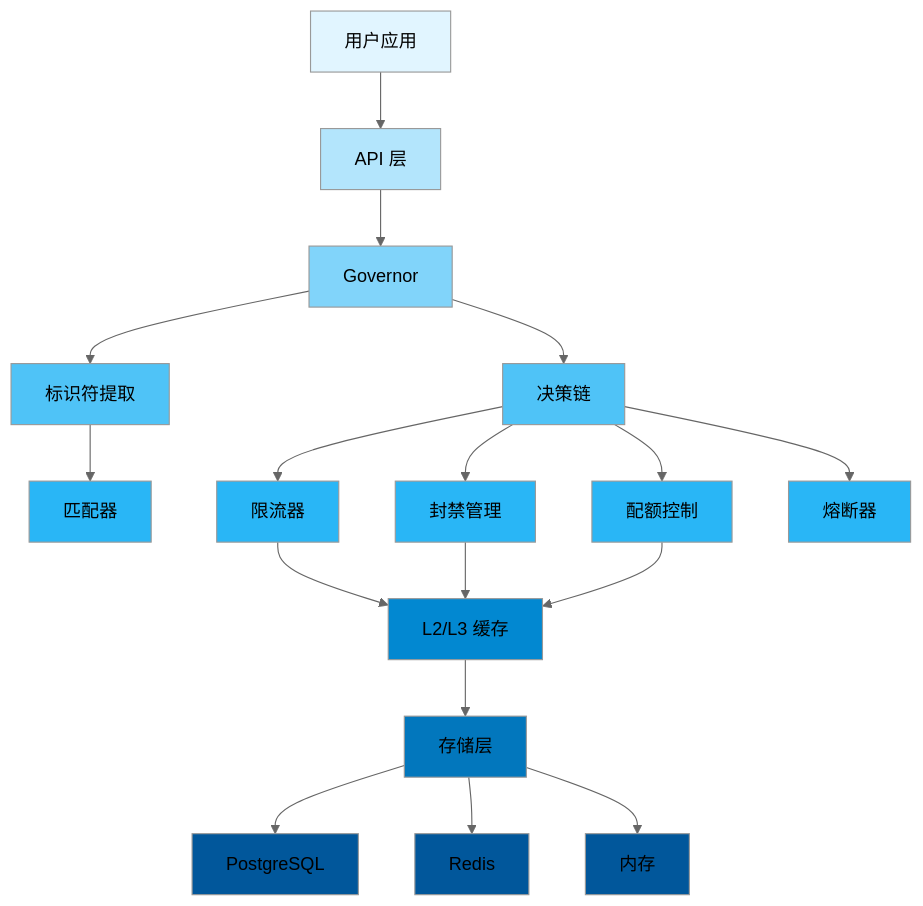
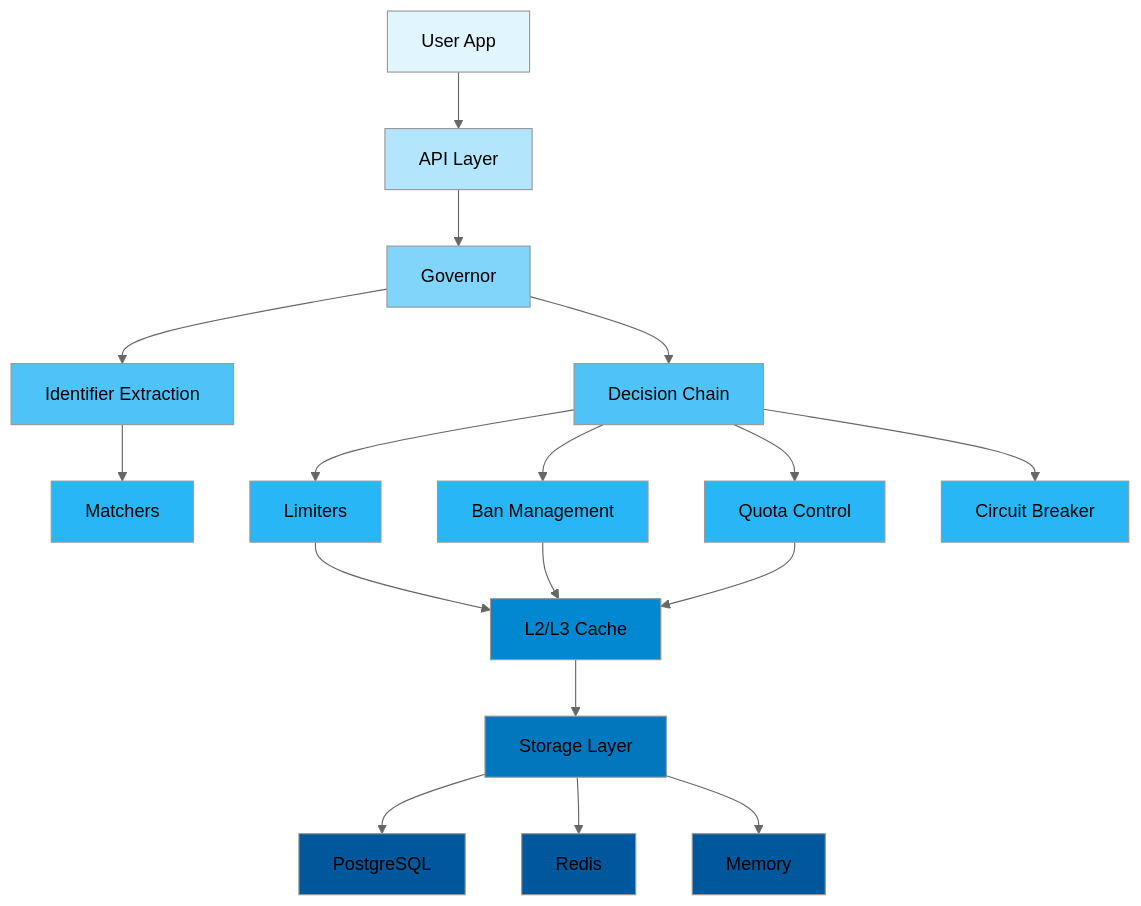
Before and after one commit to Kirky-X/limiteron: the second of 3 diagrams in README.md, drawn with Mermaid (neutral theme). The commit also changed other lines of this file and 6 other files, not shown here.

````diff
--- a/README.md
+++ b/README.md
@@ -431,35 +431,35 @@
 ```mermaid
 graph TB
-    A[用户应用] --> B[API 层]
+    A[User App] --> B[API Layer]
     B --> C[Governor]
-    C --> D[标识符提取]
-    C --> E[决策链]
-    D --> F[匹配器]
-    E --> G[限流器]
-    E --> H[封禁管理]
-    E --> I[配额控制]
-    E --> J[熔断器]
-    G --> K[L2/L3 缓存]
+    C --> D[Identifier Extraction]
+    C --> E[Decision Chain]
+    D --> F[Matchers]
+    E --> G[Limiters]
+    E --> H[Ban Management]
+    E --> I[Quota Control]
+    E --> J[Circuit Breaker]
+    G --> K[L2/L3 Cache]
     H --> K
     I --> K
-    K --> L[存储层]
+    K --> L[Storage Layer]
     L --> M[PostgreSQL]
     L --> N[Redis]
-    L --> O[内存]
+    L --> O[Memory]
 
     style A fill:#e1f5ff
     style B fill:#b3e5fc
     style C fill:#81d4fa
     style D fill:#4fc3f7
     style E fill:#4fc3f7
     style F fill:#29b6f6
     style G fill:#29b6f6
     style H fill:#29b6f6
     style I fill:#29b6f6
     style J fill:#29b6f6
     style K fill:#0288d1
     style L fill:#0277bd
     style M fill:#01579b
     style N fill:#01579b
     style O fill:#01579b
 ```
````
